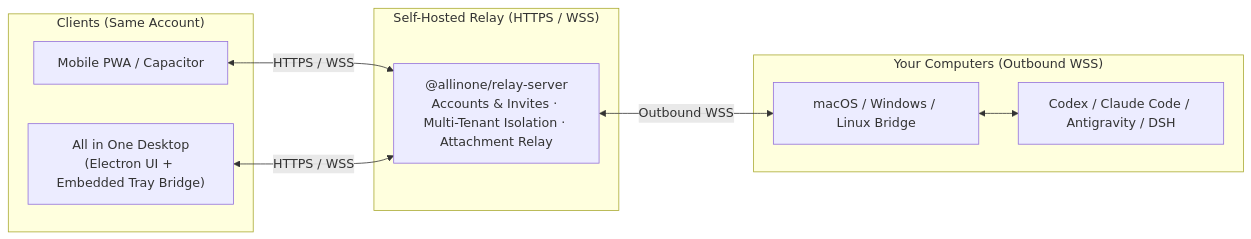
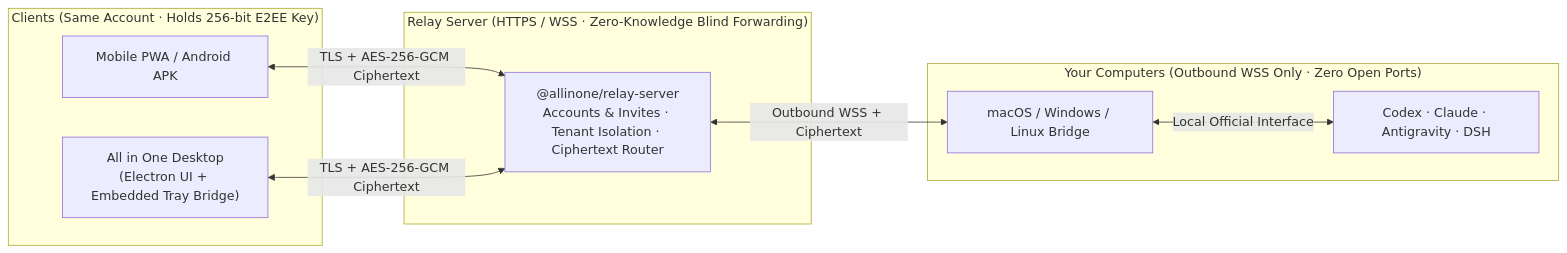
One commit to RainbowLion0320/AllinOne changed the diagram in README_EN.md. Above: the diagram before and after it, drawn with Mermaid. The commit also changed other lines of this file and 3 other files, not shown here.

````diff
--- a/README_EN.md
+++ b/README_EN.md
@@ -144,21 +179,21 @@
 ```mermaid
 flowchart LR
-  subgraph Clients["Clients (Same Account)"]
-    M["Mobile PWA / Capacitor"]
+  subgraph Clients["Clients (Same Account · Holds 256-bit E2EE Key)"]
+    M["Mobile PWA / Android APK"]
     D["All in One Desktop<br/>(Electron UI + Embedded Tray Bridge)"]
   end
 
-  subgraph Server["Self-Hosted Relay (HTTPS / WSS)"]
-    R["@allinone/relay-server<br/>Accounts & Invites · Multi-Tenant Isolation · Attachment Relay"]
+  subgraph Server["Relay Server (HTTPS / WSS · Zero-Knowledge Blind Forwarding)"]
+    R["@allinone/relay-server<br/>Accounts & Invites · Tenant Isolation · Ciphertext Router"]
   end
 
-  subgraph PCs["Your Computers (Outbound WSS)"]
+  subgraph PCs["Your Computers (Outbound WSS Only · Zero Open Ports)"]
     B1["macOS / Windows / Linux Bridge"]
-    A1["Codex / Claude Code / Antigravity / DSH"]
-    B1 <--> A1
+    A1["Codex · Claude · Antigravity · DSH"]
+    B1 <-->|"Local Official Interface"| A1
   end
 
-  M <-->|"HTTPS / WSS"| R
-  D <-->|"HTTPS / WSS"| R
-  R <-->|"Outbound WSS"| B1
+  M <-->|"TLS + AES-256-GCM Ciphertext"| R
+  D <-->|"TLS + AES-256-GCM Ciphertext"| R
+  R <-->|"Outbound WSS + Ciphertext"| B1
 ```
````
